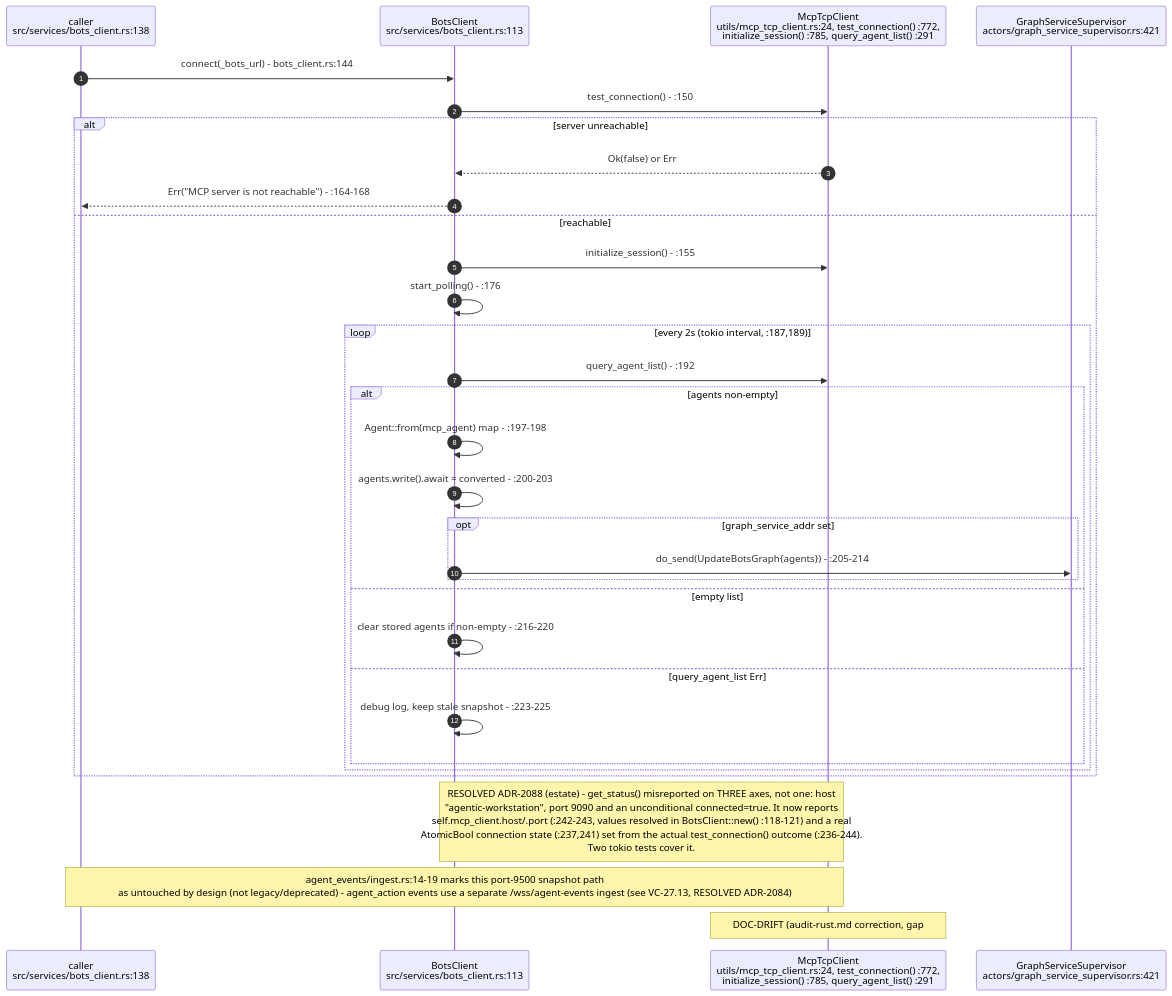
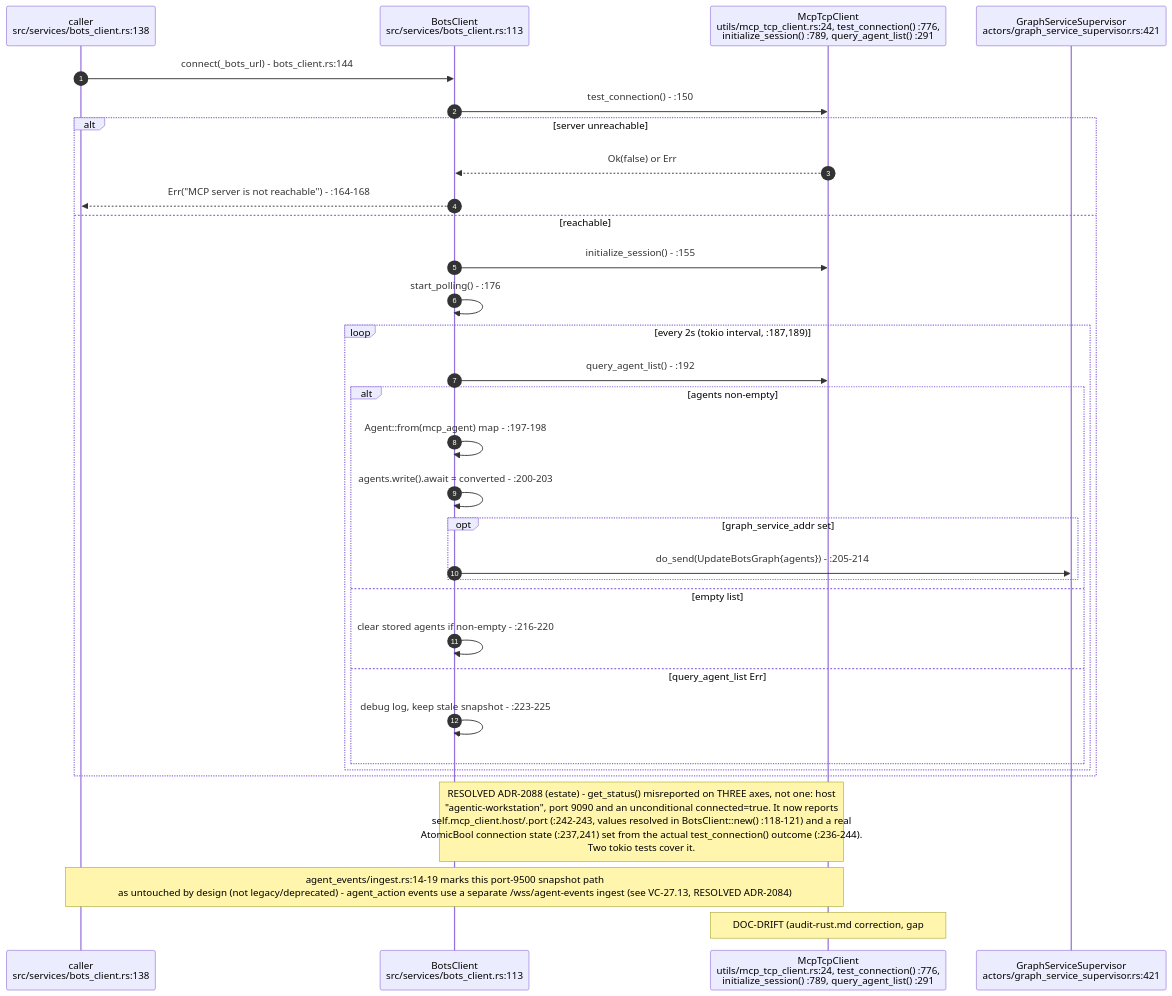
One commit to DreamLab-AI/VisionFlow changed the first of 10 diagrams in docs/diagrams/visionclaw/27-agent-integration-mcp-relay.md. Above: the diagram before and after it, drawn with Mermaid. The commit also changed other lines of this file and 136 other files, not shown here.

First line of the commit message:
docs(diagrams): refresh the whole corpus to code HEAD and prune low-value diagrams

````diff
--- a/docs/diagrams/visionclaw/27-agent-integration-mcp-relay.md
+++ b/docs/diagrams/visionclaw/27-agent-integration-mcp-relay.md
@@ -39,35 +37,35 @@
 ```mermaid
 sequenceDiagram
     autonumber
     participant Caller as caller<br/>src/services/bots_client.rs:138
     participant BC as BotsClient<br/>src/services/bots_client.rs:113
-    participant MCP as McpTcpClient<br/>utils/mcp_tcp_client.rs:24, test_connection() :772,<br/>initialize_session() :785, query_agent_list() :291
+    participant MCP as McpTcpClient<br/>utils/mcp_tcp_client.rs:24, test_connection() :776,<br/>initialize_session() :789, query_agent_list() :291
     participant GSS as GraphServiceSupervisor<br/>actors/graph_service_supervisor.rs:421
 
     Caller->>BC: connect(_bots_url) - bots_client.rs:144
     BC->>MCP: test_connection() - :150
     alt server unreachable
         MCP-->>BC: Ok(false) or Err
         BC-->>Caller: Err("MCP server is not reachable") - :164-168
     else reachable
         BC->>MCP: initialize_session() - :155
         BC->>BC: start_polling() - :176
         loop every 2s (tokio interval, :187,189)
             BC->>MCP: query_agent_list() - :192
             alt agents non-empty
                 BC->>BC: Agent::from(mcp_agent) map - :197-198
                 BC->>BC: agents.write().await = converted - :200-203
                 opt graph_service_addr set
                     BC->>GSS: do_send(UpdateBotsGraph{agents}) - :205-214
                 end
             else empty list
                 BC->>BC: clear stored agents if non-empty - :216-220
             else query_agent_list Err
                 BC->>BC: debug log, keep stale snapshot - :223-225
             end
         end
     end
     Note over BC,MCP: RESOLVED ADR-2088 (estate) - get_status() misreported on THREE axes, not one: host<br/>"agentic-workstation", port 9090 and an unconditional connected=true. It now reports<br/>self.mcp_client.host/.port (:242-243, values resolved in BotsClient::new() :118-121) and a real<br/>AtomicBool connection state (:237,241) set from the actual test_connection() outcome (:236-244).<br/>Two tokio tests cover it.
     Note over Caller,MCP: agent_events/ingest.rs:14-19 marks this port-9500 snapshot path<br/>as untouched by design (not legacy/deprecated) - agent_action events use a separate /wss/agent-events ingest (see VC-27.13, RESOLVED ADR-2084)
     Note over MCP: DOC-DRIFT (audit-rust.md correction, gap #2): a SECOND file also named mcp_tcp_client.rs<br/>exists at src/client/mcp_tcp_client.rs, defining McpTelemetryClient (struct src/client/mcp_tcp_client.rs:10,<br/>impl :17). grep confirms it is dead - src/client/mod.rs:1,3 declares and re-exports it but nothing else in<br/>src/ constructs or calls it. The live MCP-TCP hop is exclusively utils/mcp_tcp_client.rs::McpTcpClient<br/>shown above (used by bots_client.rs, ontology_class_index.rs, multi_mcp_agent_discovery.rs)
 ```
````
